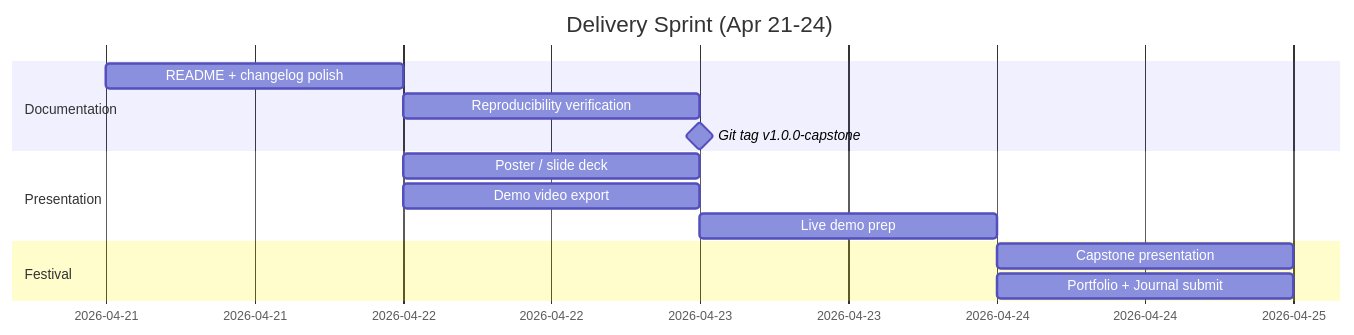
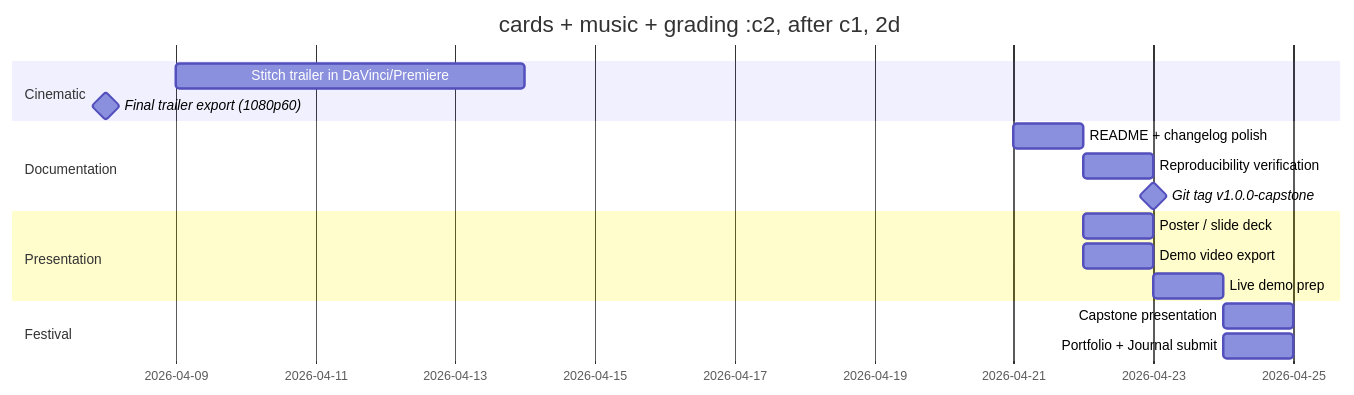
Before and after one commit to garykuepper/ggSwarm: the diagram in docs/phases/phase6_delivery.md, drawn with Mermaid. The commit also changed other lines of this file and 4 other files, not shown here.

````diff
--- a/docs/phases/phase6_delivery.md
+++ b/docs/phases/phase6_delivery.md
@@ -18,16 +29,20 @@
 ```mermaid
 gantt
-    title Delivery Sprint (Apr 21-24)
+    title Delivery Sprint (Apr 9-24)
     dateFormat YYYY-MM-DD
+    section Cinematic
+        Stitch trailer in DaVinci/Premiere :c1, 2026-04-09, 5d
+        Title cards + music + grading      :c2, after c1, 2d
+        Final trailer export (1080p60)     :milestone, after c2, 0d
     section Documentation
-        README + changelog polish    :d1, 2026-04-21, 1d
-        Reproducibility verification :d2, after d1, 1d
-        Git tag v1.0.0-capstone      :milestone, after d2, 0d
+        README + changelog polish          :d1, 2026-04-21, 1d
+        Reproducibility verification       :d2, after d1, 1d
+        Git tag v1.0.0-capstone            :milestone, after d2, 0d
     section Presentation
-        Poster / slide deck          :p1, 2026-04-22, 1d
-        Demo video export            :p2, 2026-04-22, 1d
-        Live demo prep               :p3, after p1, 1d
+        Poster / slide deck                :p1, 2026-04-22, 1d
+        Demo video export                  :p2, 2026-04-22, 1d
+        Live demo prep                     :p3, after p1, 1d
     section Festival
-        Capstone presentation        :f1, 2026-04-24, 1d
-        Portfolio + Journal submit   :f2, 2026-04-24, 1d
+        Capstone presentation              :f1, 2026-04-24, 1d
+        Portfolio + Journal submit         :f2, 2026-04-24, 1d
 ```
````
